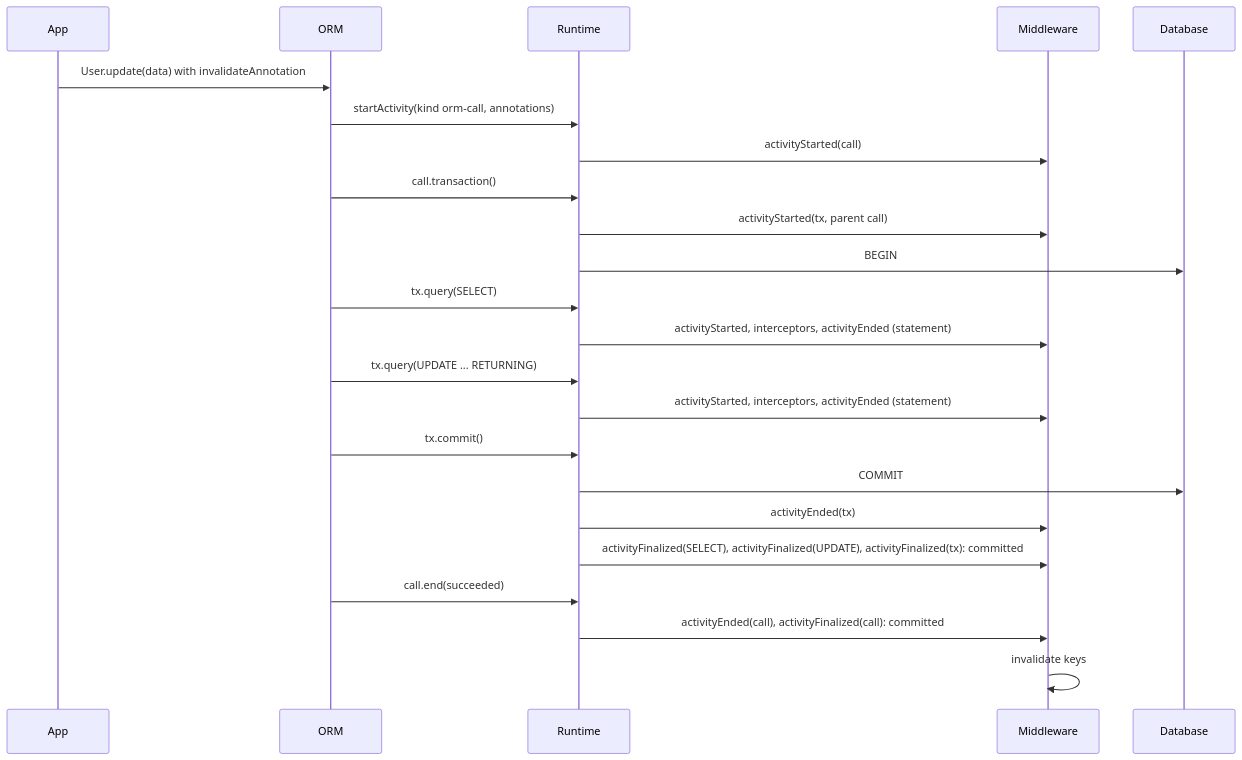
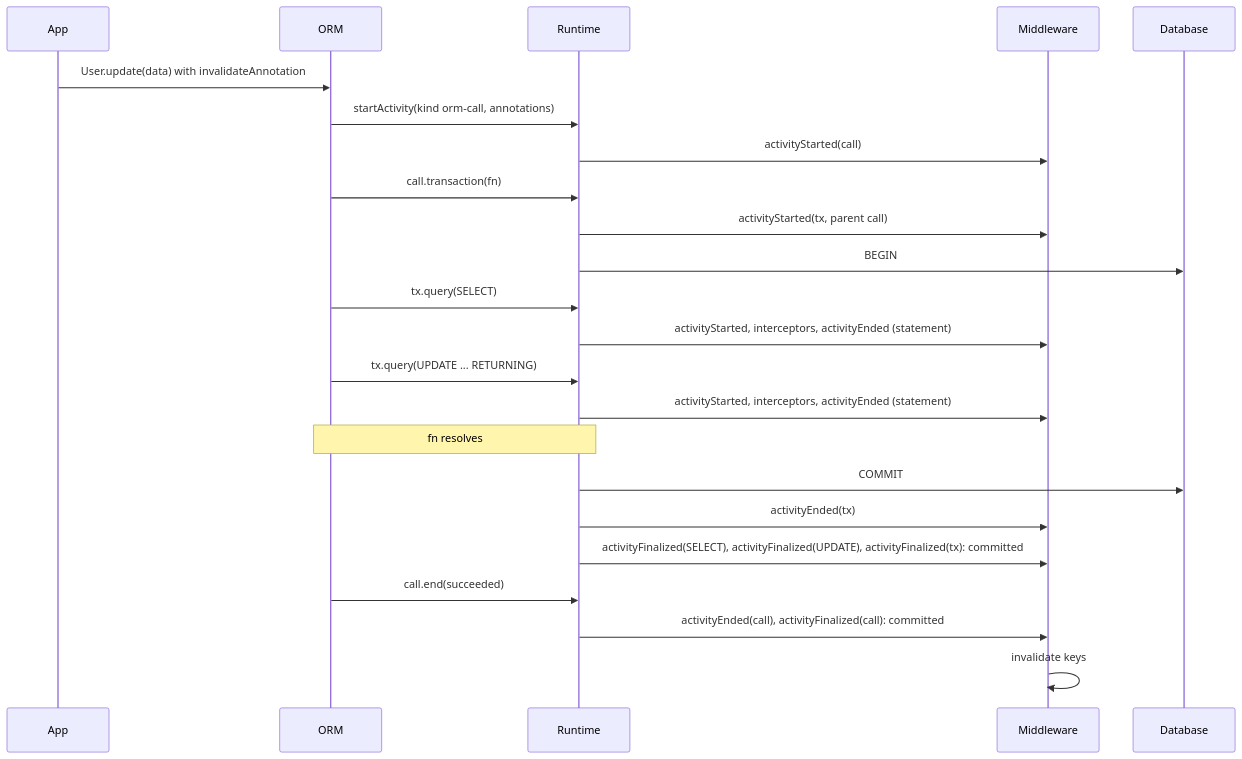
One commit to prisma/orm changed the diagram in docs/architecture docs/adrs/ADR 271 - The runtime middleware observes a tree of activities, each started, ended and finalized.md. Above: the diagram before and after it, drawn with Mermaid. The commit also changed other lines of this file and 6 other files, not shown here.

````diff
--- a/docs/architecture docs/adrs/ADR 271 - The runtime middleware observes a tree of activities, each started, ended and finalized.md
+++ b/docs/architecture docs/adrs/ADR 271 - The runtime middleware observes a tree of activities, each started, ended and finalized.md
@@ -22,25 +22,25 @@
 ```mermaid
 sequenceDiagram
     participant App
     participant ORM
     participant R as Runtime
     participant M as Middleware
     participant D as Database
     App->>ORM: User.update(data) with invalidateAnnotation
     ORM->>R: startActivity(kind orm-call, annotations)
     R->>M: activityStarted(call)
-    ORM->>R: call.transaction()
+    ORM->>R: call.transaction(fn)
     R->>M: activityStarted(tx, parent call)
     R->>D: BEGIN
     ORM->>R: tx.query(SELECT)
     R->>M: activityStarted, interceptors, activityEnded (statement)
     ORM->>R: tx.query(UPDATE ... RETURNING)
     R->>M: activityStarted, interceptors, activityEnded (statement)
-    ORM->>R: tx.commit()
+    Note over ORM,R: fn resolves
     R->>D: COMMIT
     R->>M: activityEnded(tx)
     R->>M: activityFinalized(SELECT), activityFinalized(UPDATE), activityFinalized(tx): committed
     ORM->>R: call.end(succeeded)
     R->>M: activityEnded(call), activityFinalized(call): committed
     M->>M: invalidate keys
 ```
````
